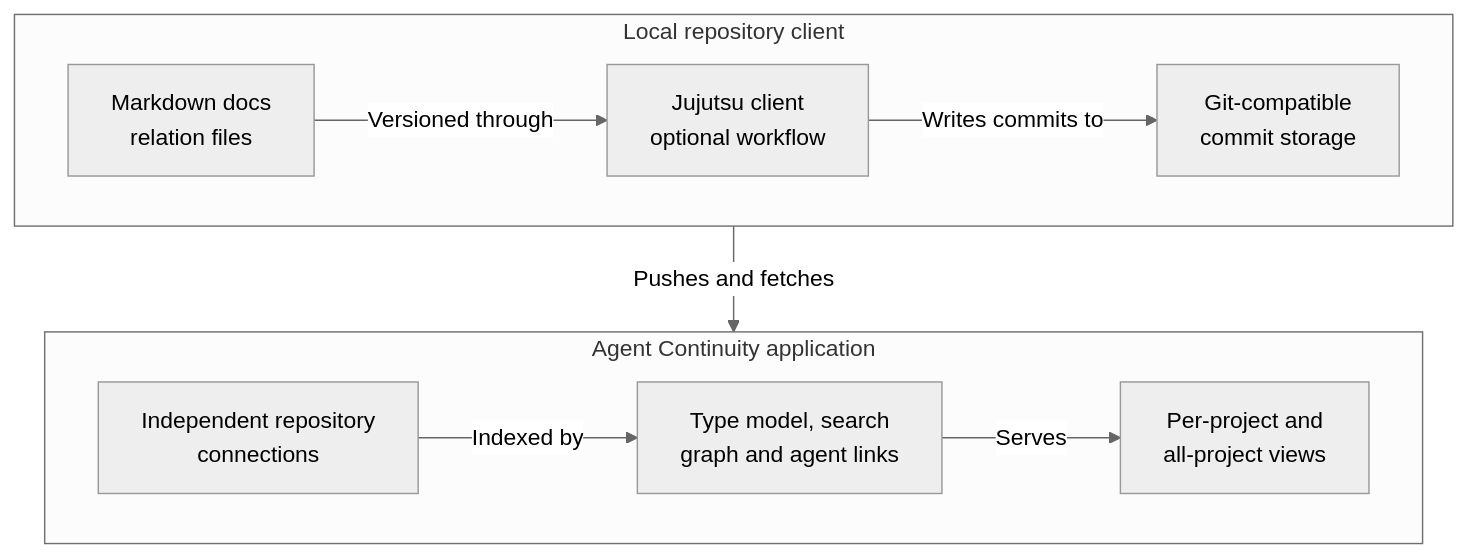
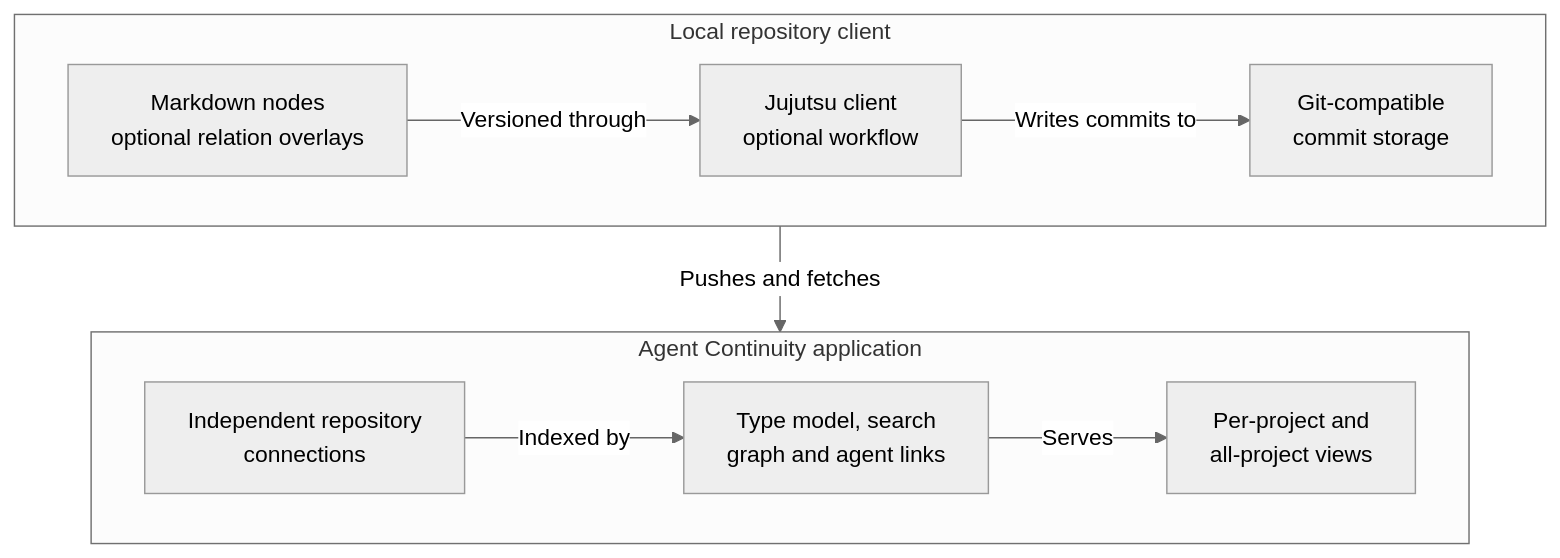
Before and after one commit to owensantoso/AGENT-DOCS: the sixth of 8 diagrams in agent-continuity/ideas/IDEA-0003-federated-document-library-and-relationship-graph.md, drawn with Mermaid (neutral theme). The commit also changed other lines of this file and 3 other files, not shown here.

Commit message:
Clarify graph storage and UUIDv7 direction

````diff
--- a/agent-continuity/ideas/IDEA-0003-federated-document-library-and-relationship-graph.md
+++ b/agent-continuity/ideas/IDEA-0003-federated-document-library-and-relationship-graph.md
@@ -320,22 +302,22 @@
 ```mermaid
 flowchart TD
     subgraph LOCAL["Local repository client"]
         direction LR
-        FILES["Markdown docs<br/>relation files"]
+        FILES["Markdown nodes<br/>optional relation overlays"]
         JJ["Jujutsu client<br/>optional workflow"]
         GIT["Git-compatible<br/>commit storage"]
         FILES -->|"Versioned through"| JJ
         JJ -->|"Writes commits to"| GIT
     end
 
     subgraph FORGE["Agent Continuity application"]
         direction LR
         REMOTE["Independent repository<br/>connections"]
         SERVICES["Type model, search<br/>graph and agent links"]
         LIBRARYUI["Per-project and<br/>all-project views"]
         REMOTE -->|"Indexed by"| SERVICES
         SERVICES -->|"Serves"| LIBRARYUI
     end
 
     GIT -->|"Pushes and fetches"| REMOTE
 ```
````
